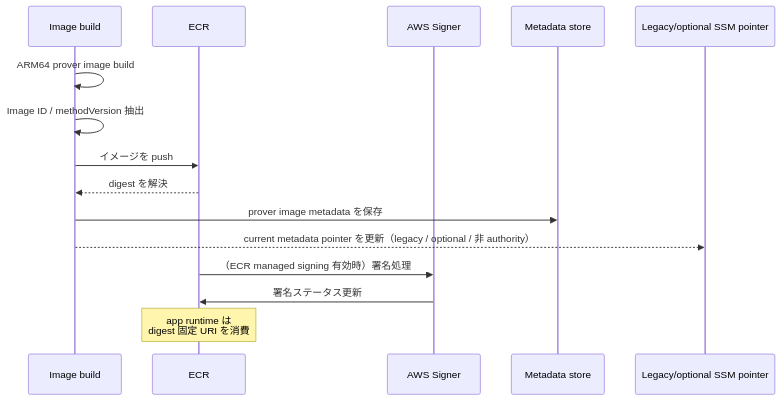
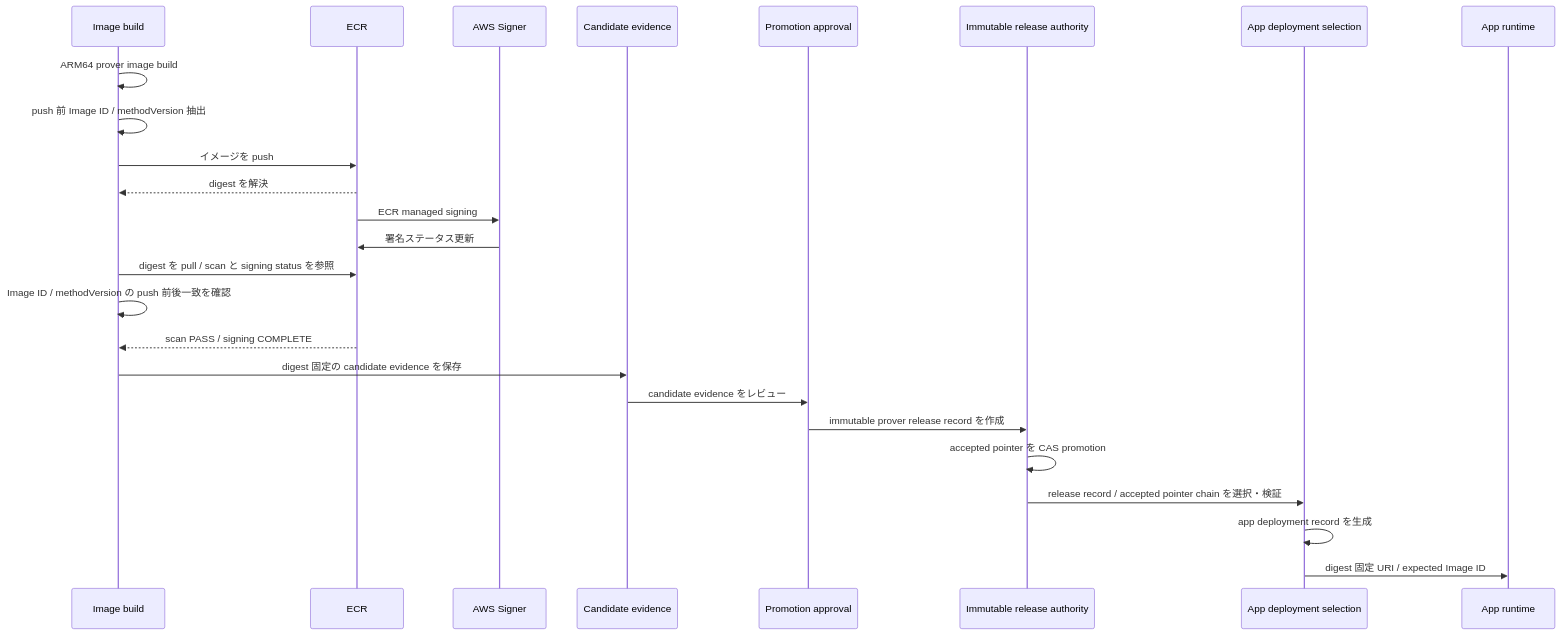
One commit to hwatanabe-jp/stark-ballot-simulator-public changed the first of 3 diagrams in public-book/src/aws/image-signing.md. Above: the diagram before and after it, drawn with Mermaid. The commit also changed other lines of this file and 275 other files, not shown here.

````diff
--- a/public-book/src/aws/image-signing.md
+++ b/public-book/src/aws/image-signing.md
@@ -51,18 +52,28 @@
 ```mermaid
 sequenceDiagram
   participant BUILD as Image build
   participant ECR as ECR
   participant SGN as AWS Signer
-  participant META as Metadata store
-  participant SSM as Legacy/optional SSM pointer
+  participant EVID as Candidate evidence
+  participant APR as Promotion approval
+  participant AUTH as Immutable release authority
+  participant APP as App deployment selection
+  participant RUN as App runtime
 
   BUILD->>BUILD: ARM64 prover image build
-  BUILD->>BUILD: Image ID / methodVersion 抽出
+  BUILD->>BUILD: push 前 Image ID / methodVersion 抽出
   BUILD->>ECR: イメージを push
   ECR-->>BUILD: digest を解決
-  BUILD->>META: prover image metadata を保存
-  BUILD-->>SSM: current metadata pointer を更新（legacy / optional / 非 authority）
-  ECR->>SGN: （ECR managed signing 有効時）署名処理
+  ECR->>SGN: ECR managed signing
   SGN->>ECR: 署名ステータス更新
-  Note over ECR: app runtime は<br/>digest 固定 URI を消費
+  BUILD->>ECR: digest を pull / scan と signing status を参照
+  BUILD->>BUILD: Image ID / methodVersion の push 前後一致を確認
+  ECR-->>BUILD: scan PASS / signing COMPLETE
+  BUILD->>EVID: digest 固定の candidate evidence を保存
+  EVID->>APR: candidate evidence をレビュー
+  APR->>AUTH: immutable prover release record を作成
+  AUTH->>AUTH: accepted pointer を CAS promotion
+  AUTH->>APP: release record / accepted pointer chain を選択・検証
+  APP->>APP: app deployment record を生成
+  APP->>RUN: digest 固定 URI / expected Image ID
 ```
````
